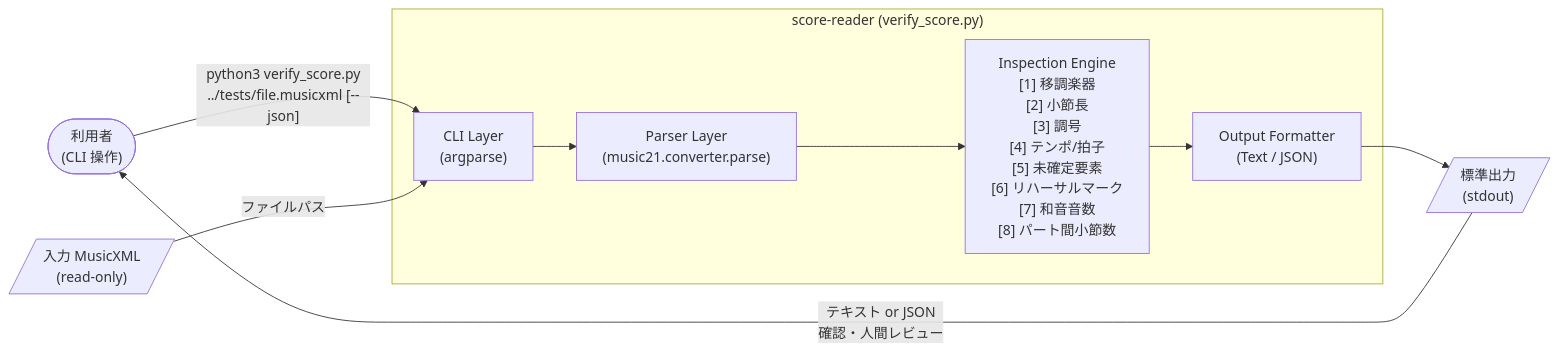
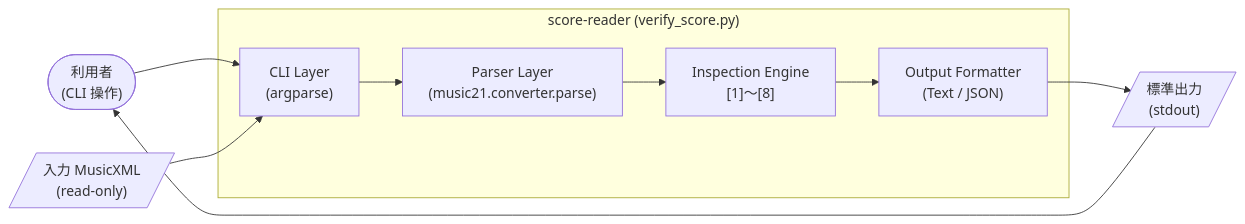
Before and after one commit to t-oikawa-sendai/score-reader: the first of 2 diagrams in docs/design/05_ARCHITECTURE_DESIGN.md, drawn with Mermaid. The commit also changed other lines of this file and 9 other files, not shown here.

````diff
--- a/docs/design/05_ARCHITECTURE_DESIGN.md
+++ b/docs/design/05_ARCHITECTURE_DESIGN.md
@@ -94,22 +87,19 @@
 ```mermaid
 flowchart LR
     User(["利用者\n(CLI 操作)"])
     MusicXML[/"入力 MusicXML\n(read-only)"/]
 
     subgraph score-reader ["score-reader (verify_score.py)"]
         CLI["CLI Layer\n(argparse)"]
         Parser["Parser Layer\n(music21.converter.parse)"]
-        Engine["Inspection Engine\n[1] 移調楽器\n[2] 小節長\n[3] 調号\n[4] テンポ/拍子\n[5] 未確定要素\n[6] リハーサルマーク\n[7] 和音音数\n[8] パート間小節数"]
+        Engine["Inspection Engine\n[1]〜[8]"]
         Formatter["Output Formatter\n(Text / JSON)"]
     end
 
     Stdout[/"標準出力\n(stdout)"/]
 
-    User -->|"python3 verify_score.py\n../tests/file.musicxml [--json]"| CLI
-    MusicXML -->|"ファイルパス"| CLI
-    CLI --> Parser
-    Parser --> Engine
-    Engine --> Formatter
-    Formatter --> Stdout
-    Stdout -->|"テキスト or JSON\n確認・人間レビュー"| User
+    User --> CLI
+    MusicXML --> CLI
+    CLI --> Parser --> Engine --> Formatter --> Stdout
+    Stdout --> User
 ```
````
